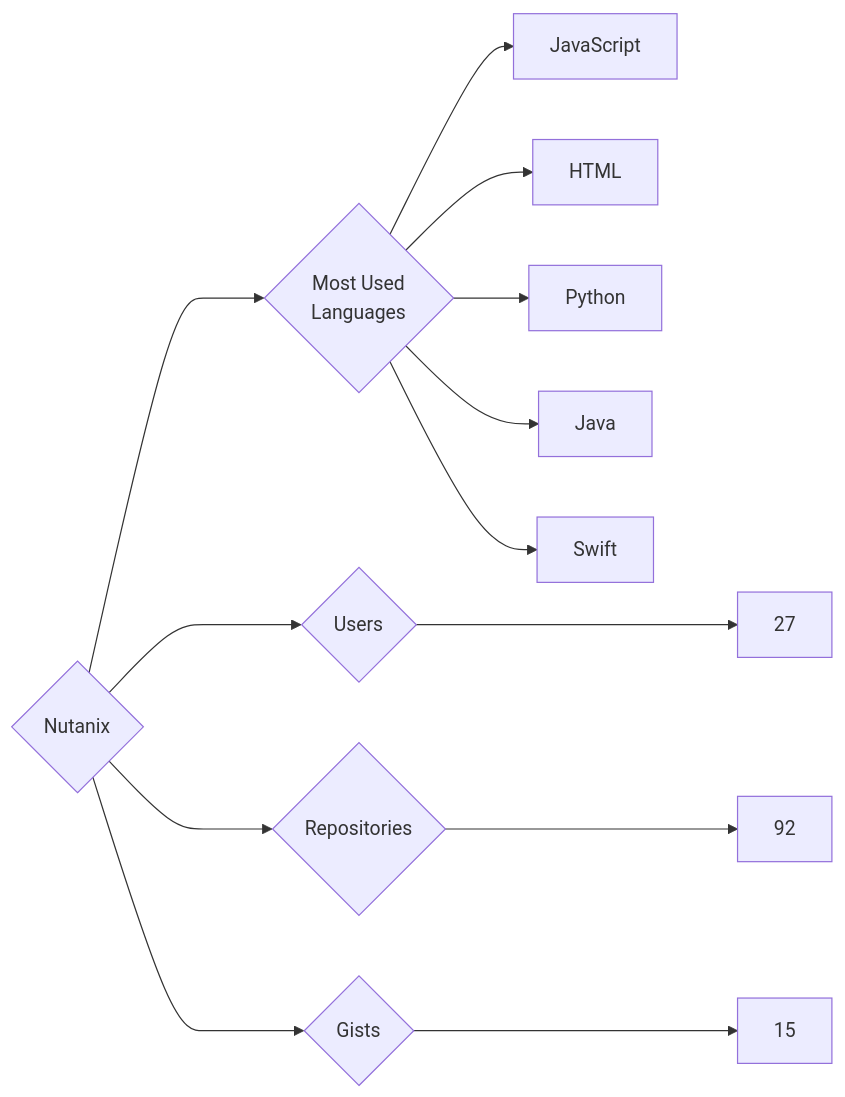
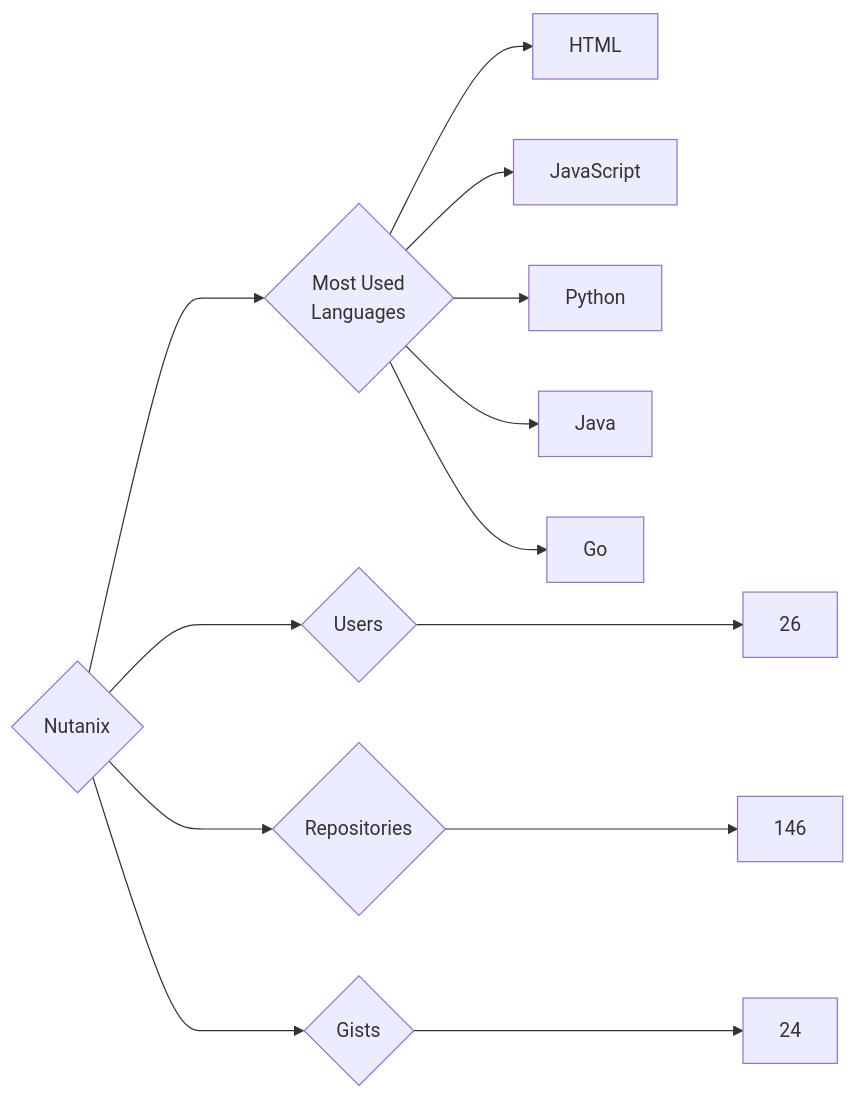
The diagram in targets/Nutanix/README.md (trickest/insiders), drawn with Mermaid before and after one commit. The commit also changed 964 other files, not shown here.

````diff
--- a/targets/Nutanix/README.md
+++ b/targets/Nutanix/README.md
@@ -3,13 +3,13 @@
 ```mermaid
 graph LR
 COMPANY_NAME{Nutanix}
-COMPANY_NAME ---> U{Users} ---> UN[27]
-COMPANY_NAME ---> R{Repositories} ---> RN[92]
-COMPANY_NAME ---> G{Gists} ---> GN[15]
+COMPANY_NAME ---> U{Users} ---> UN[26]
+COMPANY_NAME ---> R{Repositories} ---> RN[146]
+COMPANY_NAME ---> G{Gists} ---> GN[24]
 COMPANY_NAME ---> ML{Most Used<br>Languages}
+ML --> HTML[HTML]
 ML --> JavaScript[JavaScript]
-ML --> HTML[HTML]
 ML --> Python[Python]
 ML --> Java[Java]
-ML --> Swift[Swift]
+ML --> Go[Go]
 ```
````
